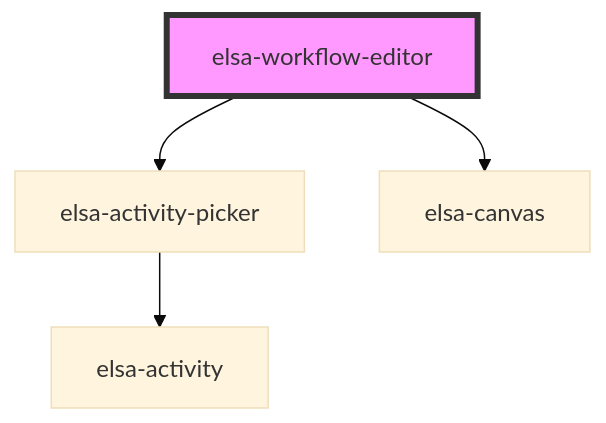
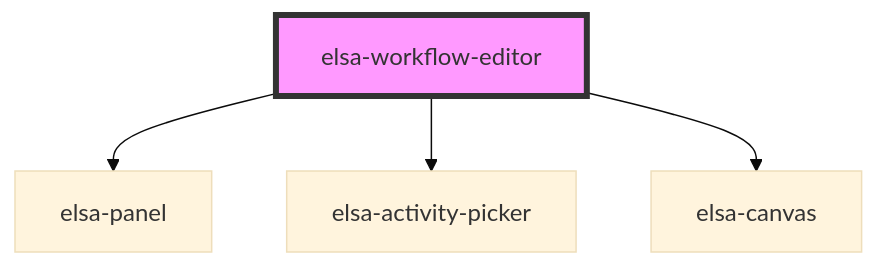
One commit to elsa-workflows/experimental changed the diagram in src/designer/elsa-workflows-designer/src/components/elsa-workflow-editor/readme.md. Above: the diagram before and after it, drawn with Mermaid (base theme). The commit also changed other lines of this file and 15 other files, not shown here.

Commit message:
Incremental work on workflow editor

````diff
--- a/src/designer/elsa-workflows-designer/src/components/elsa-workflow-editor/readme.md
+++ b/src/designer/elsa-workflows-designer/src/components/elsa-workflow-editor/readme.md
@@ -16,7 +17,7 @@
 ```mermaid
 graph TD;
+  elsa-workflow-editor --> elsa-panel
   elsa-workflow-editor --> elsa-activity-picker
   elsa-workflow-editor --> elsa-canvas
-  elsa-activity-picker --> elsa-activity
   style elsa-workflow-editor fill:#f9f,stroke:#333,stroke-width:4px
 ```
````
